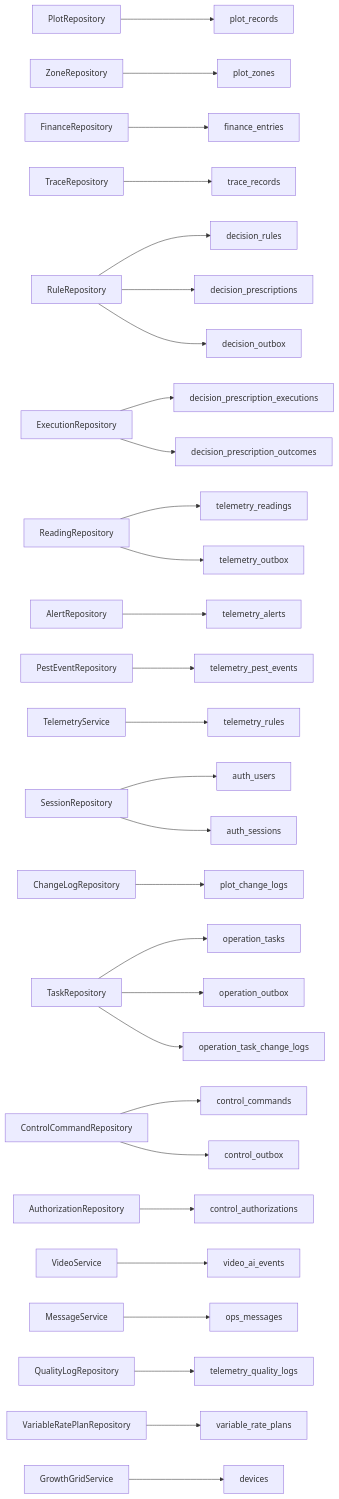
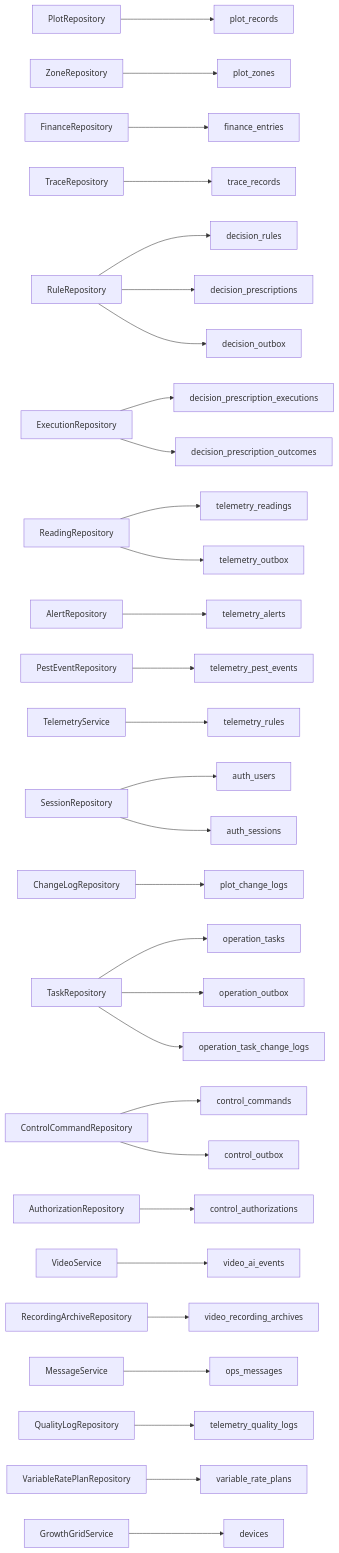
Before and after one commit to q446328246/agri-platform: diagram 24 of 39 in .qoder/repowiki/zh/content/数据库设计/数据库设计.md, drawn with Mermaid. The commit also changed other lines of this file and 5 other files, not shown here.

````diff
--- a/.qoder/repowiki/zh/content/数据库设计/数据库设计.md
+++ b/.qoder/repowiki/zh/content/数据库设计/数据库设计.md
@@ -1882,31 +1977,32 @@
 ```mermaid
 graph LR
 PR["PlotRepository"] --> T1["plot_records"]
 ZR["ZoneRepository"] --> T16["plot_zones"]
 FR["FinanceRepository"] --> T2["finance_entries"]
 TR["TraceRepository"] --> T3["trace_records"]
 RR["RuleRepository"] --> T4["decision_rules"]
 RR --> T5["decision_prescriptions"]
 RR --> T10["decision_outbox"]
 ER["ExecutionRepository"] --> T6["decision_prescription_executions"]
 ER --> T7["decision_prescription_outcomes"]
 RL["ReadingRepository"] --> T8["telemetry_readings"]
 AL["AlertRepository"] --> T9["telemetry_alerts"]
 RL --> T11["telemetry_outbox"]
 PE["PestEventRepository"] --> T15["telemetry_pest_events"]
 TRU["TelemetryService"] --> T14["telemetry_rules"]
 SR["SessionRepository"] --> T12["auth_users"]
 SR --> T13["auth_sessions"]
 CLR["ChangeLogRepository"] --> T18["plot_change_logs"]
 TSR["TaskRepository"] --> T19["operation_tasks"]
 TSR --> T20["operation_outbox"]
 TSR --> T23["operation_task_change_logs"]
 CCR["ControlCommandRepository"] --> T21["control_commands"]
 CCR --> T22["control_outbox"]
 AUR["AuthorizationRepository"] --> T27["control_authorizations"]
 VR["VideoService"] --> T24["video_ai_events"]
+RAR["RecordingArchiveRepository"] --> T30["video_recording_archives"]
 MS["MessageService"] --> T25["ops_messages"]
 QL["QualityLogRepository"] --> T26["telemetry_quality_logs"]
 VRR["VariableRatePlanRepository"] --> T28["variable_rate_plans"]
 GG["GrowthGridService"] --> T29["devices"]
 ```
````
